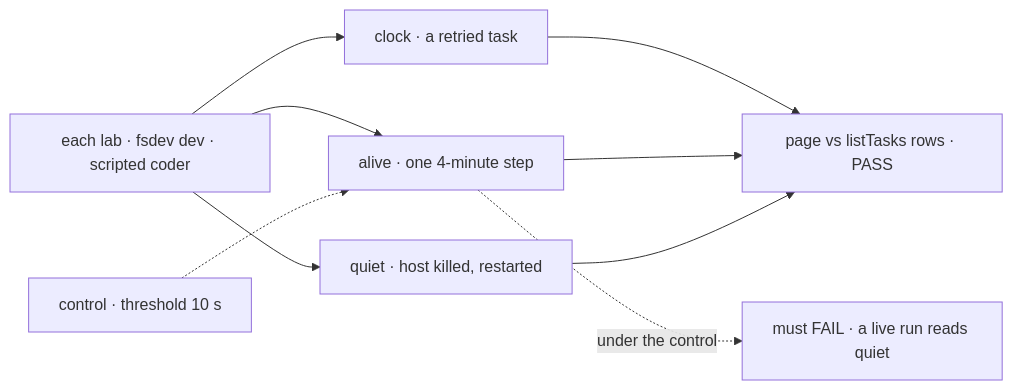
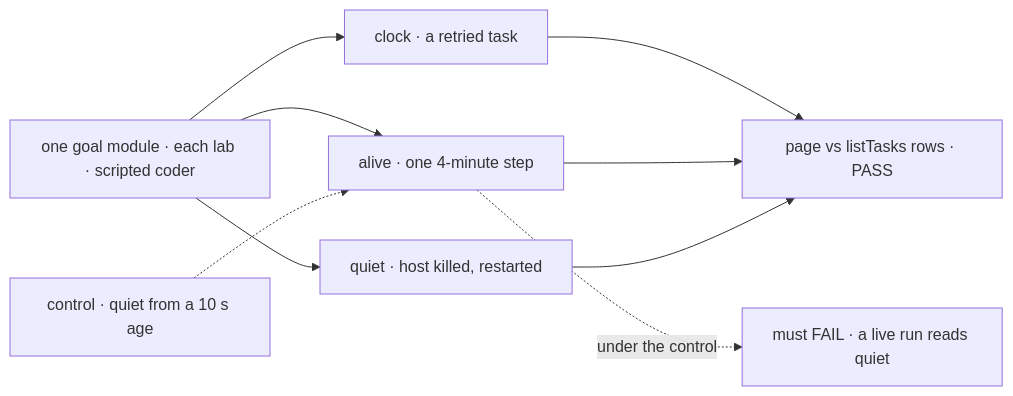
One commit to fixpoint-labs/flow-state-dev changed the diagram in specs/issues/FIX-2394/SPEC.md. Above: the diagram before and after it, drawn with Mermaid. The commit also changed other lines of this file and 5 other files, not shown here.

First line of the commit message:
spec(FIX-2394): review round 2: quiet is leaseLapsed, one goal module, owners with #4717

````diff
--- a/specs/issues/FIX-2394/SPEC.md
+++ b/specs/issues/FIX-2394/SPEC.md
@@ -28,11 +28,11 @@
 ```mermaid
 flowchart LR
-  L["each lab · fsdev dev · scripted coder"] --> C["clock · a retried task"]
+  L["one goal module · each lab · scripted coder"] --> C["clock · a retried task"]
   L --> A["alive · one 4-minute step"]
   L --> Q["quiet · host killed, restarted"]
   C --> P["page vs listTasks rows · PASS"]
   A --> P
   Q --> P
-  X["control · threshold 10 s"] -.-> A
+  X["control · quiet from a 10 s age"] -.-> A
   A -.->|"under the control"| F["must FAIL · a live run reads quiet"]
 ```
````
